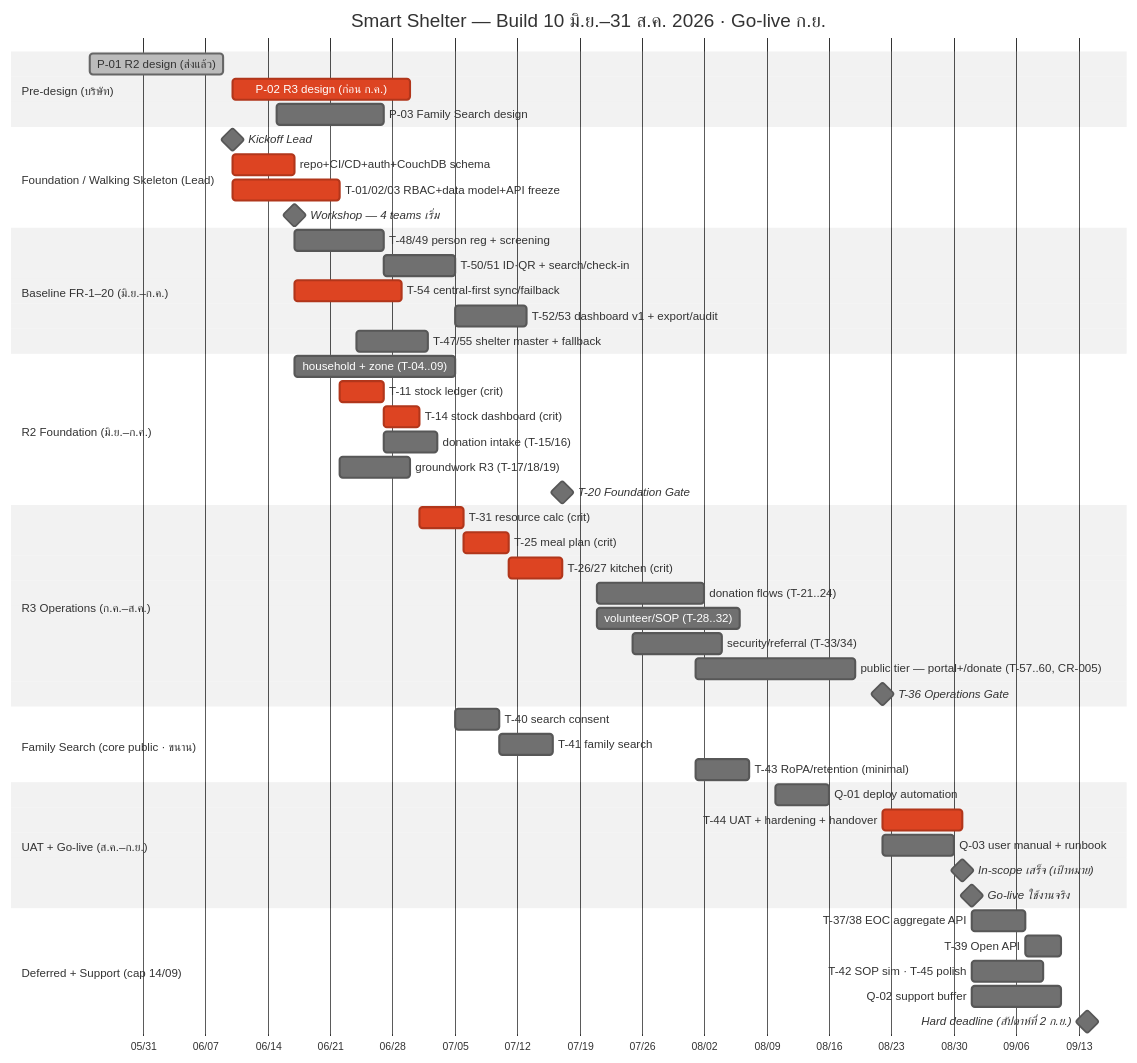
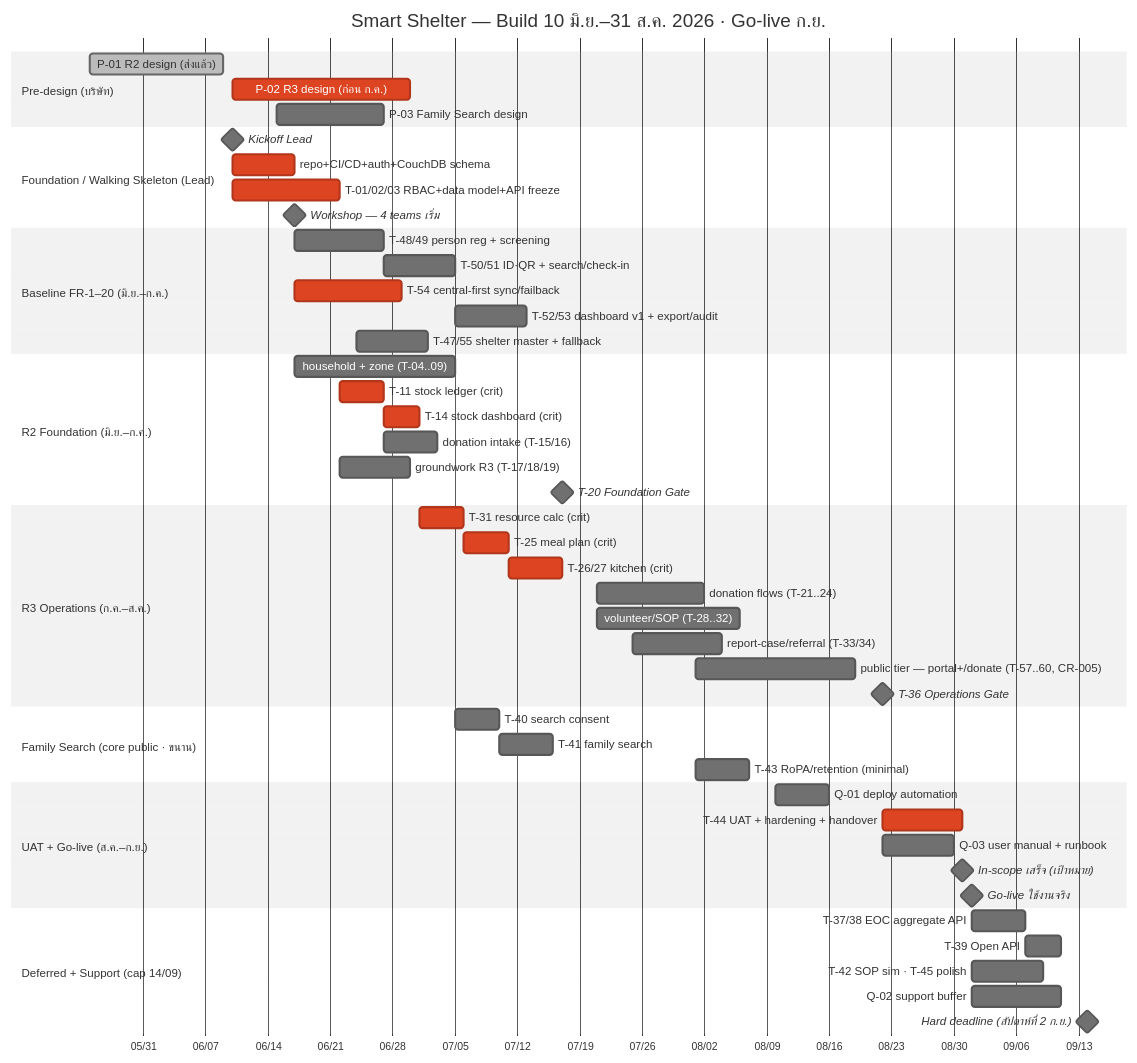
The second of 2 diagrams in docs/task-breakdown/_timeline.md (r202-coe-psu/tent), drawn with Mermaid (neutral theme) before and after one commit. The commit also changed other lines of this file and 10 other files, not shown here.

Commit message:
docs: update change records for CR-040 and CR-041, introducing Shelter Report Case and Volunteer Job Board features

````diff
--- a/docs/task-breakdown/_timeline.md
+++ b/docs/task-breakdown/_timeline.md
@@ -192,61 +192,61 @@
 ```mermaid
 gantt
   title Smart Shelter — Build 10 มิ.ย.–31 ส.ค. 2026 · Go-live ก.ย.
   dateFormat YYYY-MM-DD
   axisFormat %m/%d
 
   section Pre-design (บริษัท)
   P-01 R2 design (ส่งแล้ว)          :done, p1, 2026-05-25, 2026-06-09
   P-02 R3 design (ก่อน ก.ค.)         :crit, p2, 2026-06-10, 2026-06-30
   P-03 Family Search design          :p3, 2026-06-15, 12d
 
   section Foundation / Walking Skeleton (Lead)
   Kickoff Lead                       :milestone, k0, 2026-06-10, 0d
   repo+CI/CD+auth+CouchDB schema      :crit, sk, 2026-06-10, 7d
   T-01/02/03 RBAC+data model+API freeze :crit, t013, 2026-06-10, 12d
   Workshop — 4 teams เริ่ม            :milestone, w1, 2026-06-17, 0d
 
   section Baseline FR-1–20 (มิ.ย.–ก.ค.)
   T-48/49 person reg + screening      :bl1, 2026-06-17, 10d
   T-50/51 ID·QR + search/check-in     :bl2, after bl1, 8d
   T-54 central-first sync/failback    :crit, bl3, 2026-06-17, 12d
   T-52/53 dashboard v1 + export/audit :bl4, after bl2, 8d
   T-47/55 shelter master + fallback   :bl5, 2026-06-24, 8d
 
   section R2 Foundation (มิ.ย.–ก.ค.)
   household + zone (T-04..09)         :t0409, 2026-06-17, 18d
   T-11 stock ledger (crit)           :crit, t11, after t013, 5d
   T-14 stock dashboard (crit)        :crit, t14, after t11, 4d
   donation intake (T-15/16)          :t1516, after t11, 6d
   groundwork R3 (T-17/18/19)         :gw, after t013, 8d
   T-20 Foundation Gate               :milestone, g2, 2026-07-17, 0d
 
   section R3 Operations (ก.ค.–ส.ค.)
   T-31 resource calc (crit)          :crit, t31, after t14, 5d
   T-25 meal plan (crit)              :crit, t25, after t31, 5d
   T-26/27 kitchen (crit)             :crit, t2627, after t25, 6d
   donation flows (T-21..24)          :t2124, 2026-07-21, 12d
   volunteer/SOP (T-28..32)           :t2832, 2026-07-21, 16d
-  security/referral (T-33/34)        :t3334, 2026-07-25, 10d
+  report-case/referral (T-33/34)     :t3334, 2026-07-25, 10d
   public tier — portal+/donate (T-57..60, CR-005) :pub, 2026-08-01, 18d
   T-36 Operations Gate               :milestone, g3, 2026-08-22, 0d
 
   section Family Search (core public · ขนาน)
   T-40 search consent                :fs1, after t0409, 5d
   T-41 family search                 :fs2, after fs1, 6d
   T-43 RoPA/retention (minimal)      :t43, 2026-08-01, 6d
 
   section UAT + Go-live (ส.ค.–ก.ย.)
   Q-01 deploy automation             :q1, 2026-08-10, 6d
   T-44 UAT + hardening + handover    :crit, t44, 2026-08-22, 9d
   Q-03 user manual + runbook         :q3, 2026-08-22, 8d
   In-scope เสร็จ (เป้าหมาย)           :milestone, dl, 2026-08-31, 0d
   Go-live ใช้งานจริง                  :milestone, gl, 2026-09-01, 0d
 
   section Deferred + Support (cap 14/09)
   T-37/38 EOC aggregate API          :def1, 2026-09-01, 6d
   T-39 Open API                      :def2, after def1, 4d
   T-42 SOP sim · T-45 polish         :def3, 2026-09-01, 8d
   Q-02 support buffer                :q2, 2026-09-01, 10d
   Hard deadline (สัปดาห์ที่ 2 ก.ย.)    :milestone, hd, 2026-09-14, 0d
 ```
````
